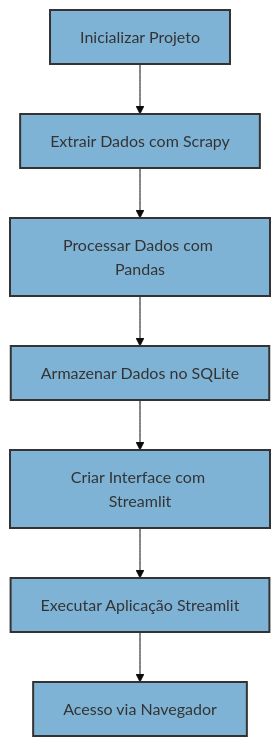
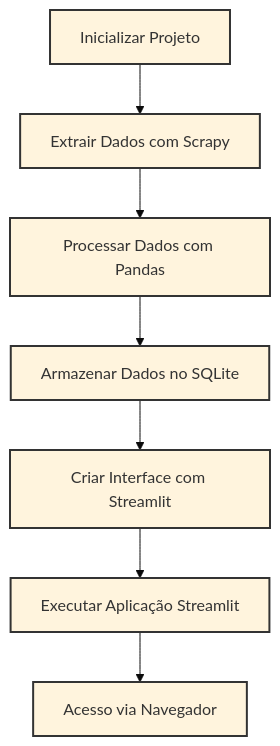
Before and after one commit to Gustavo-B-Morales-S/Footwear-Market-Data-Pipeline: the diagram in README.MD, drawn with Mermaid (base theme).

````diff
--- a/README.MD
+++ b/README.MD
@@ -6,17 +6,17 @@
 ```mermaid
 graph TD;
     A[Inicializar Projeto] --> B[Extrair Dados com Scrapy];
     B --> C[Processar Dados com Pandas];
     C --> D[Armazenar Dados no SQLite];
     D --> E[Criar Interface com Streamlit];
     E --> F[Executar Aplicação Streamlit];
     F --> G[Acesso via Navegador];
 
-    style A fill:#7FB3D5,stroke:#333,stroke-width:2px;
-    style B fill:#7FB3D5,stroke:#333,stroke-width:2px;
-    style C fill:#7FB3D5,stroke:#333,stroke-width:2px;
-    style D fill:#7FB3D5,stroke:#333,stroke-width:2px;
-    style E fill:#7FB3D5,stroke:#333,stroke-width:2px;
-    style F fill:#7FB3D5,stroke:#333,stroke-width:2px;
-    style G fill:#7FB3D5,stroke:#333,stroke-width:2px;
+    style A stroke:#333,stroke-width:2px;
+    style B stroke:#333,stroke-width:2px;
+    style C stroke:#333,stroke-width:2px;
+    style D stroke:#333,stroke-width:2px;
+    style E stroke:#333,stroke-width:2px;
+    style F stroke:#333,stroke-width:2px;
+    style G stroke:#333,stroke-width:2px;
 ```
````
